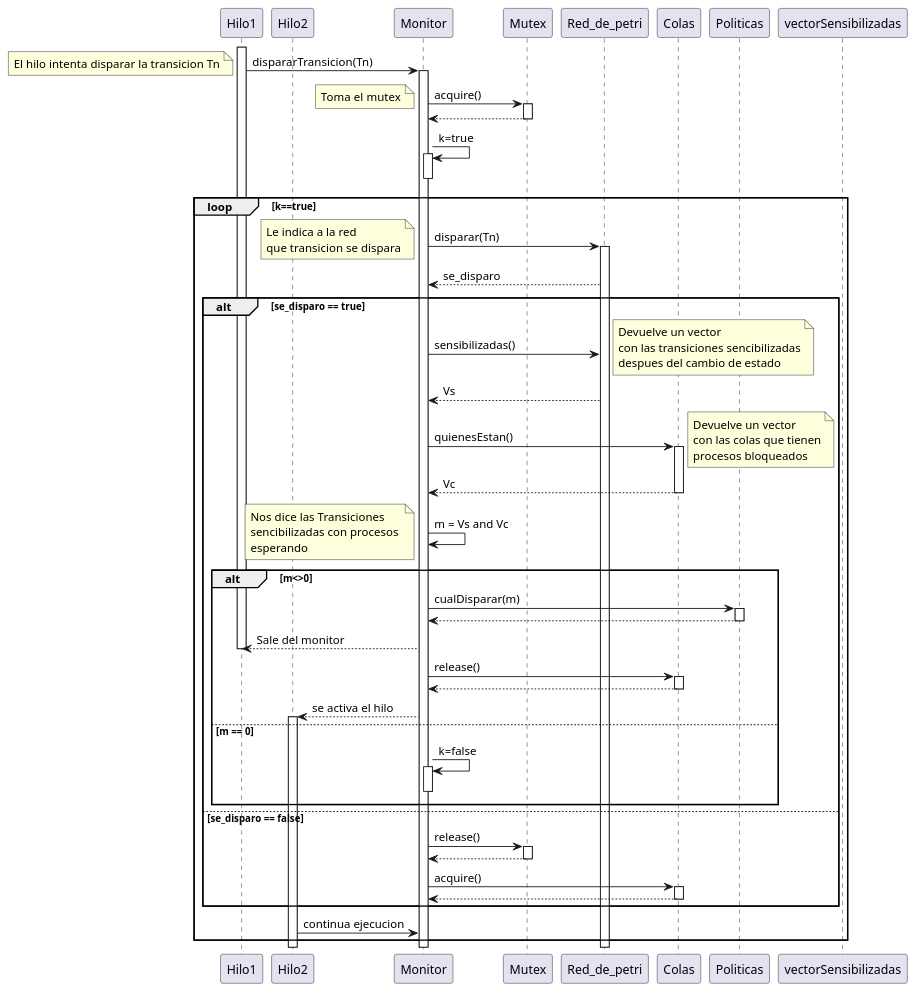
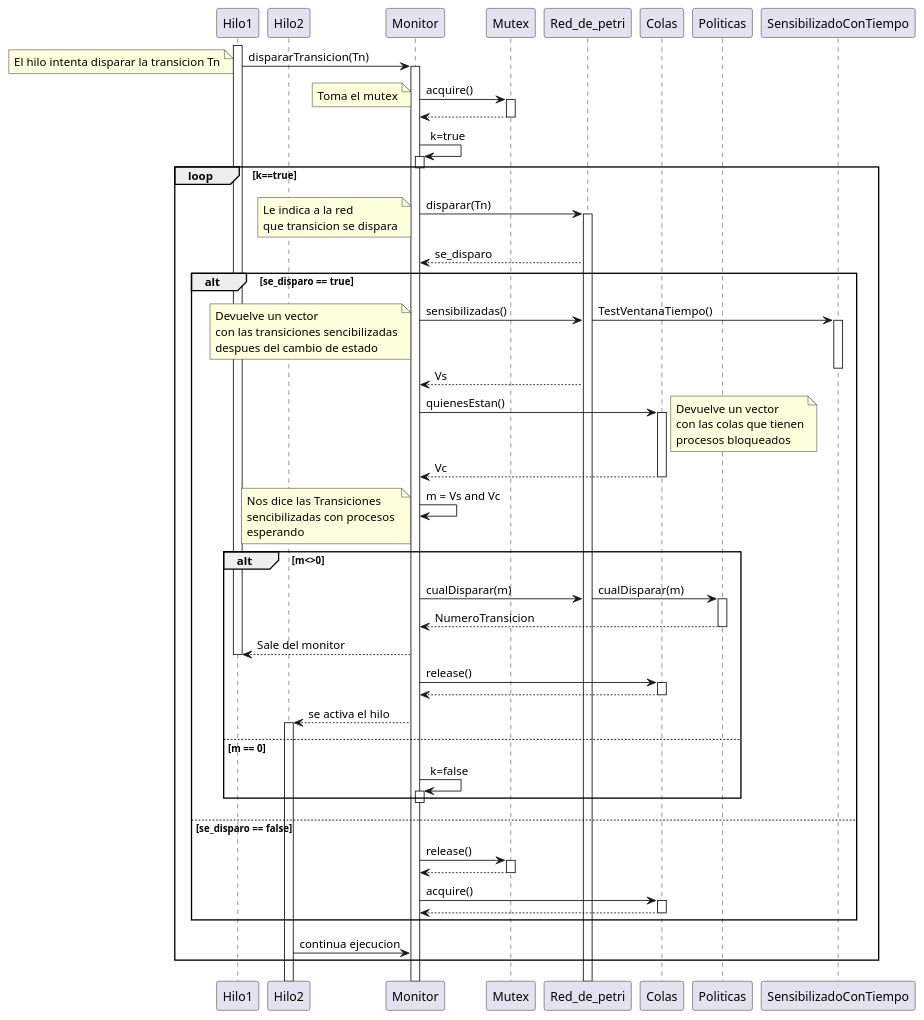
One commit to JosiasTomasnanez/flightAgencyAttendanceMonitor changed the diagram in doc/diagrama_sec.puml. Above: the diagram before and after it, drawn with PlantUML. The commit also changed 1 other file, not shown here.

```diff
--- a/doc/diagrama_sec.puml
+++ b/doc/diagrama_sec.puml
@@ -1,93 +1,98 @@
 @startuml secuencia
-
+!pragma teoz true
 ' Definicion de participantes
 participant Hilo1
 participant Hilo2
 participant Monitor
 participant Mutex
 participant Red_de_petri
 participant Colas 
 participant Politicas
-participant vectorSensibilizadas
+participant SensibilizadoConTiempo
 
 ' Secuencia
 '' El hilo intenta disparar una Transicion
 activate Hilo1
 Hilo1 -> Monitor : dispararTransicion(Tn)
 note left: El hilo intenta disparar la transicion Tn
 activate Monitor
 
 '' El monitor toma el mutex
 Monitor -> Mutex : acquire()
 note left: Toma el mutex
 activate Mutex
 Mutex --> Monitor
 deactivate Mutex
 
 Monitor -> Monitor : k=true
 activate Monitor
 deactivate Monitor
 
 loop k==true
     Monitor -> Red_de_petri : disparar(Tn)
     note left 
     Le indica a la red 
     que transicion se dispara
     end note
     activate Red_de_petri
     Red_de_petri --> Monitor : se_disparo
     alt se_disparo == true
         Monitor -> Red_de_petri : sensibilizadas()
-        note right
+        note left
         Devuelve un vector
         con las transiciones sencibilizadas
         despues del cambio de estado
         end note
+        & Red_de_petri -> SensibilizadoConTiempo : TestVentanaTiempo()
+        activate SensibilizadoConTiempo
+        deactivate SensibilizadoConTiempo
         Red_de_petri --> Monitor : Vs
         Monitor -> Colas : quienesEstan()
         activate Colas
         note right
         Devuelve un vector
         con las colas que tienen
         procesos bloqueados
         end note
         Colas --> Monitor : Vc
         deactivate Colas
         Monitor -> Monitor : m = Vs and Vc
         note left 
         Nos dice las Transiciones 
         sencibilizadas con procesos 
         esperando
         end note
         alt m<>0
-            Monitor-> Politicas : cualDisparar(m)
+            Monitor-> Red_de_petri : cualDisparar(m)
+            & Red_de_petri -> Politicas : cualDisparar(m)
             activate Politicas
-            Politicas --> Monitor
+            Politicas --> Monitor : NumeroTransicion
             deactivate Politicas
             Monitor --> Hilo1 : Sale del monitor
             deactivate Hilo1
             Monitor -> Colas : release()
             activate Colas
             Colas --> Monitor
             deactivate Colas
             Monitor --> Hilo2 : se activa el hilo
             activate Hilo2
         else m == 0
             Monitor -> Monitor : k=false
             activate Monitor
             deactivate Monitor
         end
     else se_disparo == false
         Monitor -> Mutex : release()
         activate Mutex
         Mutex --> Monitor
         deactivate Mutex
         Monitor-> Colas : acquire()
         activate Colas
         Colas --> Monitor
         deactivate Colas
 
     end
     Hilo2 -> Monitor : continua ejecucion
 end
+
 @enduml
```
